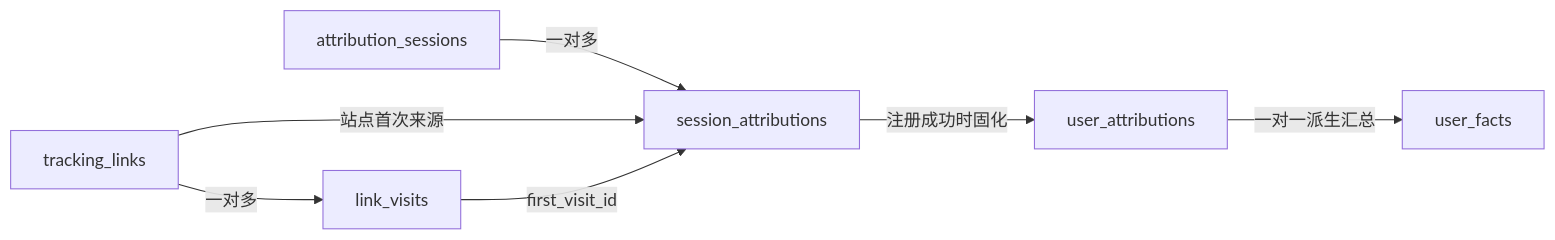
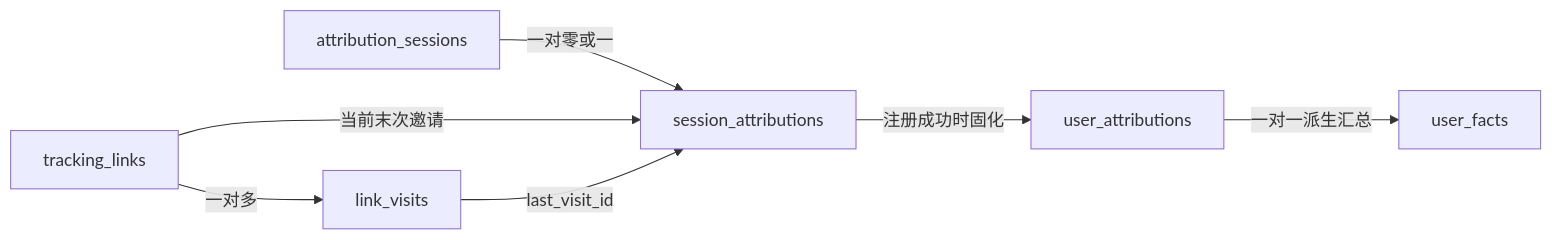
Before and after one commit to AIwelink/api-key-dashboard: the third of 3 diagrams in docs/superpowers/specs/2026-07-24-aiwelink-homepage-growth-session-design.md, drawn with Mermaid. The commit also changed other lines of this file and 1 other file, not shown here.

Commit message:
docs: define last-touch traffic analytics

````diff
--- a/docs/superpowers/specs/2026-07-24-aiwelink-homepage-growth-session-design.md
+++ b/docs/superpowers/specs/2026-07-24-aiwelink-homepage-growth-session-design.md
@@ -289,9 +288,9 @@
 ```mermaid
 flowchart LR
     TL["tracking_links"] -->|"一对多"| LV["link_visits"]
-    S["attribution_sessions"] -->|"一对多"| SA["session_attributions"]
-    TL -->|"站点首次来源"| SA
-    LV -->|"first_visit_id"| SA
+    S["attribution_sessions"] -->|"一对零或一"| SA["session_attributions"]
+    TL -->|"当前末次邀请"| SA
+    LV -->|"last_visit_id"| SA
     SA -->|"注册成功时固化"| UA["user_attributions"]
     UA -->|"一对一派生汇总"| UF["user_facts"]
 ```
````
